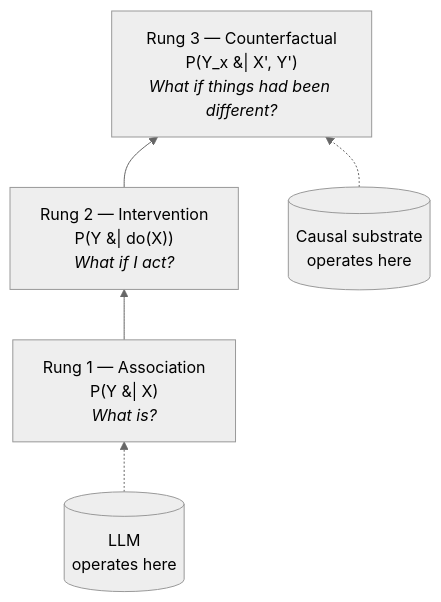
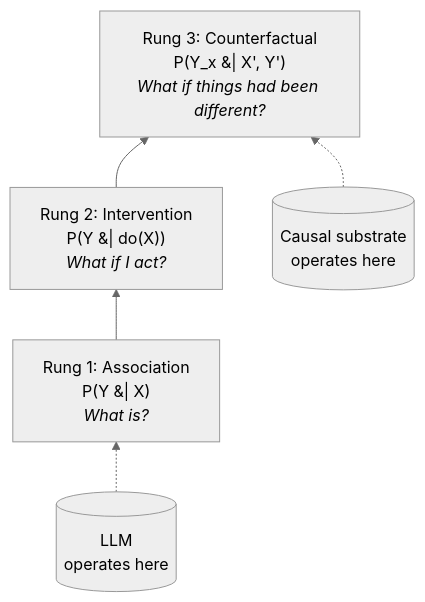
One commit to deepcausality-rs/deep_causality changed the diagram in website/web/src/content/blog/en/why-llms-struggle-with-causality.md. Above: the diagram before and after it, drawn with Mermaid (neutral theme). The commit also changed 2 other files, not shown here.

Commit message:
Updated the blog post on regime change.

````diff
--- a/website/web/src/content/blog/en/why-llms-struggle-with-causality.md
+++ b/website/web/src/content/blog/en/why-llms-struggle-with-causality.md
@@ -32,9 +32,9 @@
 ```mermaid
 flowchart BT
-  R1["Rung 1 — Association<br/>P(Y &#124; X)<br/><i>What is?</i>"]
-  R2["Rung 2 — Intervention<br/>P(Y &#124; do(X))<br/><i>What if I act?</i>"]
-  R3["Rung 3 — Counterfactual<br/>P(Y_x &#124; X', Y')<br/><i>What if things had been different?</i>"]
+  R1["Rung 1: Association<br/>P(Y &#124; X)<br/><i>What is?</i>"]
+  R2["Rung 2: Intervention<br/>P(Y &#124; do(X))<br/><i>What if I act?</i>"]
+  R3["Rung 3: Counterfactual<br/>P(Y_x &#124; X', Y')<br/><i>What if things had been different?</i>"]
   R1 --> R2 --> R3
   LLM[("LLM<br/>operates here")] -.-> R1
   CAUSAL[("Causal substrate<br/>operates here")] -.-> R3
 ```
````
